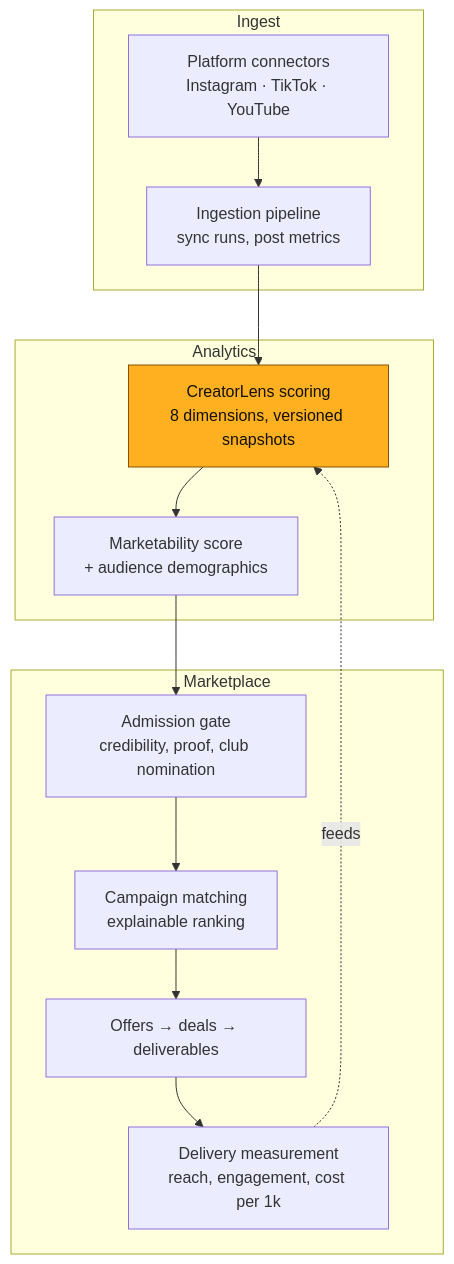
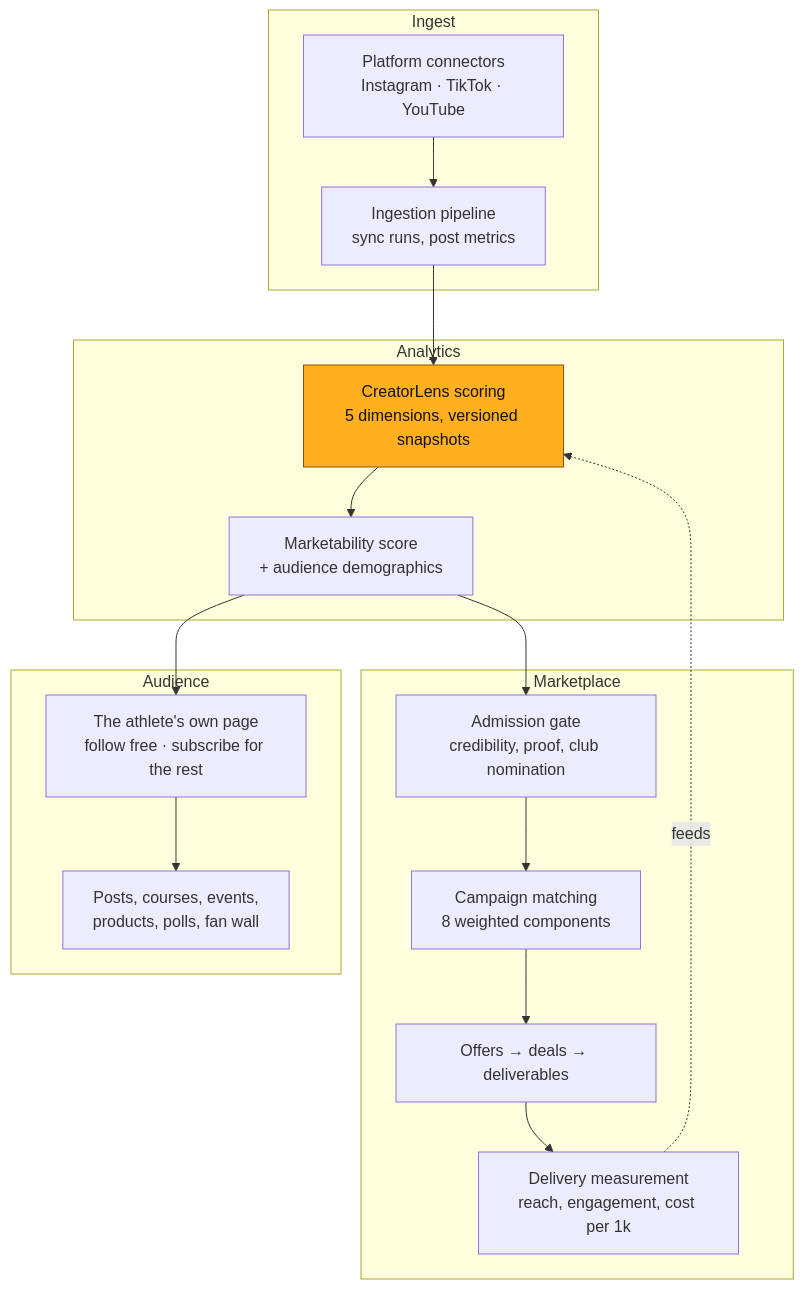
The third of 4 diagrams in business-plan/stride-business-plan-draft.md (jadzoghaib/stride), drawn with Mermaid before and after one commit. The commit also changed other lines of this file and 24 other files, not shown here.

````diff
--- a/business-plan/stride-business-plan-draft.md
+++ b/business-plan/stride-business-plan-draft.md
@@ -309,18 +385,22 @@
 ```mermaid
 graph TD
     subgraph Ingest
     A["Platform connectors<br/>Instagram · TikTok · YouTube"] --> B["Ingestion pipeline<br/>sync runs, post metrics"]
     end
     subgraph Analytics
-    B --> C["CreatorLens scoring<br/>8 dimensions, versioned snapshots"]
+    B --> C["CreatorLens scoring<br/>5 dimensions, versioned snapshots"]
     C --> D["Marketability score<br/>+ audience demographics"]
     end
     subgraph Marketplace
     D --> E["Admission gate<br/>credibility, proof, club nomination"]
-    E --> F["Campaign matching<br/>explainable ranking"]
+    E --> F["Campaign matching<br/>8 weighted components"]
     F --> G["Offers → deals → deliverables"]
     G --> H["Delivery measurement<br/>reach, engagement, cost per 1k"]
+    end
+    subgraph Audience
+    D --> I["The athlete's own page<br/>follow free · subscribe for the rest"]
+    I --> J["Posts, courses, events,<br/>products, polls, fan wall"]
     end
     H -.feeds.-> C
     style C fill:#FFB020,stroke:#8A5200,color:#14100A
 ```
````
